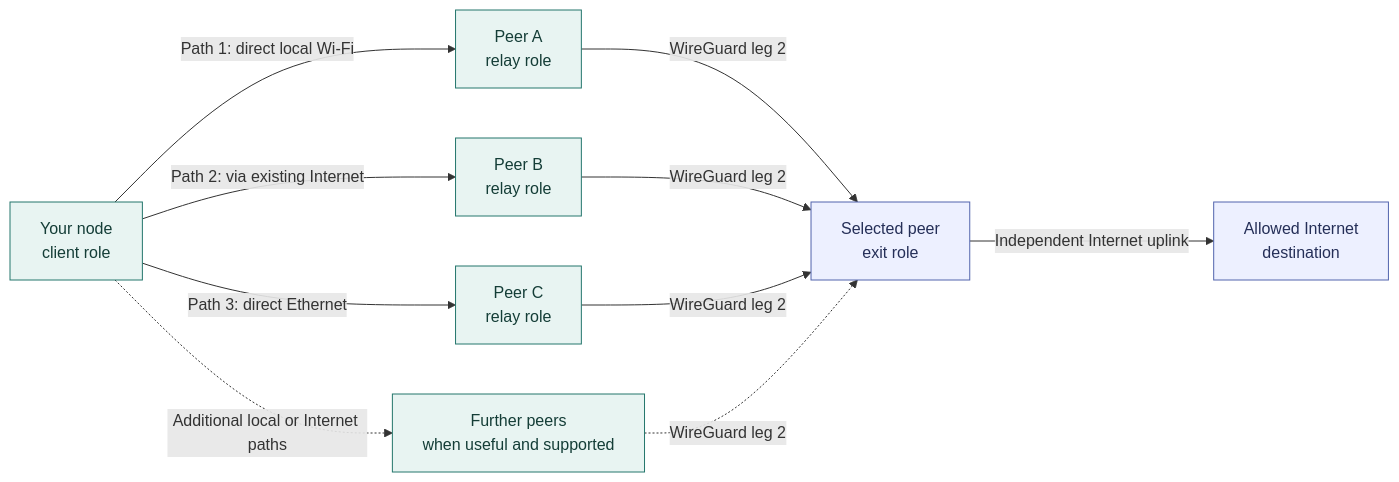
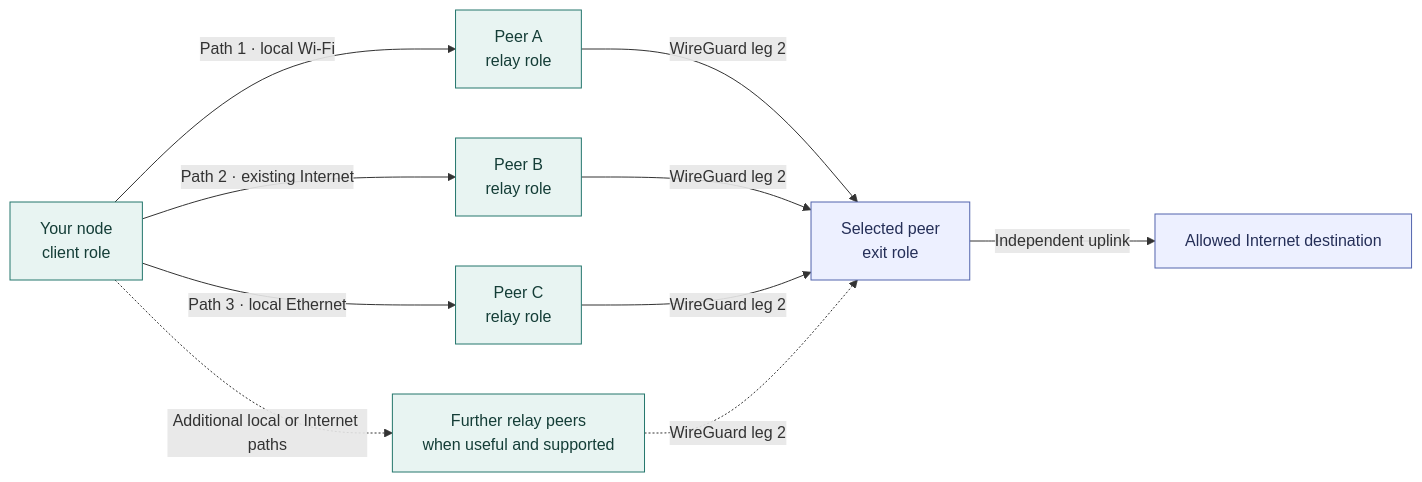
Before and after one commit to VOLPAROSSA/volparossa: the first of 3 diagrams in README.md, drawn with Mermaid. The commit also changed other lines of this file and 6 other files, not shown here.

````diff
--- a/README.md
+++ b/README.md
@@ -120,25 +86,25 @@
 ```mermaid
 flowchart LR
     C["Your node<br/>client role"]
     R1["Peer A<br/>relay role"]
     R2["Peer B<br/>relay role"]
     R3["Peer C<br/>relay role"]
-    RN["Further peers<br/>when useful and supported"]
+    RN["Further relay peers<br/>when useful and supported"]
     E["Selected peer<br/>exit role"]
-    D["Allowed Internet<br/>destination"]
+    D["Allowed Internet destination"]
 
-    C -->|"Path 1: direct local Wi-Fi"| R1
-    C -->|"Path 2: via existing Internet"| R2
-    C -->|"Path 3: direct Ethernet"| R3
+    C -->|"Path 1 · local Wi-Fi"| R1
+    C -->|"Path 2 · existing Internet"| R2
+    C -->|"Path 3 · local Ethernet"| R3
     C -.->|"Additional local or Internet paths"| RN
     R1 -->|"WireGuard leg 2"| E
     R2 -->|"WireGuard leg 2"| E
     R3 -->|"WireGuard leg 2"| E
     RN -.->|"WireGuard leg 2"| E
-    E -->|"Independent Internet uplink"| D
+    E -->|"Independent uplink"| D
 
-    classDef participant fill:#e8f4f2,stroke:#24766c,color:#143d37;
+    classDef peer fill:#e8f4f2,stroke:#24766c,color:#143d37;
     classDef endpoint fill:#edf0ff,stroke:#5264ad,color:#252f58;
-    class C,R1,R2,R3,RN participant;
+    class C,R1,R2,R3,RN peer;
     class E,D endpoint;
 ```
````
